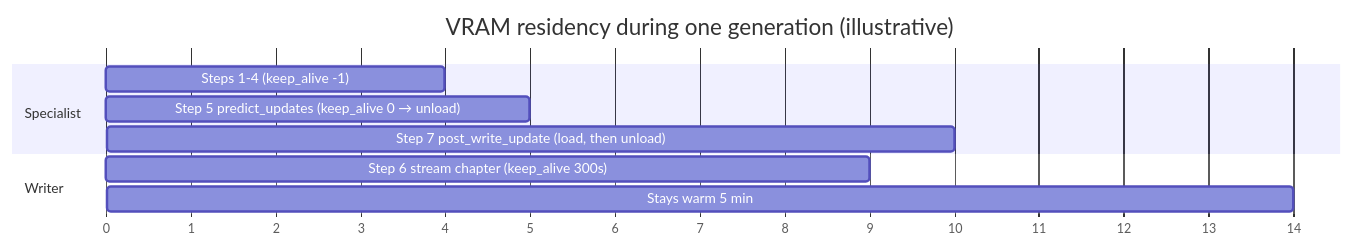
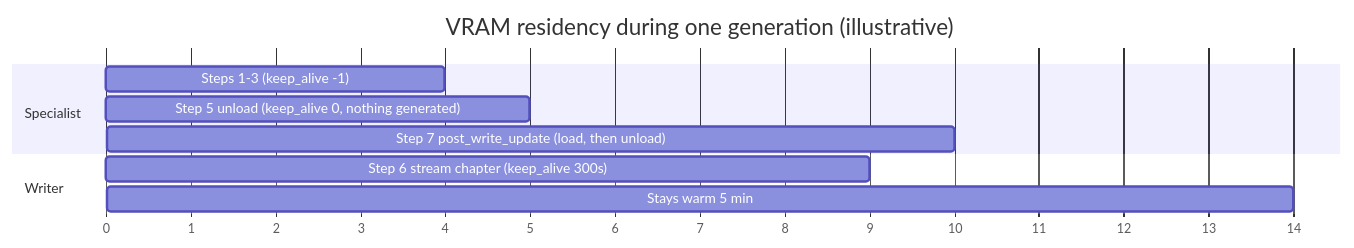
The third of 3 diagrams in docs/technical/01-overview-and-architecture.md (Tejasva-Maurya/AI_Writer), drawn with Mermaid before and after one commit. The commit also changed other lines of this file and 15 other files, not shown here.

````diff
--- a/docs/technical/01-overview-and-architecture.md
+++ b/docs/technical/01-overview-and-architecture.md
@@ -146,13 +146,13 @@
 ```mermaid
 gantt
     dateFormat X
     axisFormat %s
     title VRAM residency during one generation (illustrative)
     section Specialist
-    Steps 1-4 (keep_alive -1)        :a1, 0, 4
-    Step 5 predict_updates (keep_alive 0 → unload) :a2, 4, 5
+    Steps 1-3 (keep_alive -1)        :a1, 0, 4
+    Step 5 unload (keep_alive 0, nothing generated) :a2, 4, 5
     Step 7 post_write_update (load, then unload)  :a3, 9, 10
     section Writer
     Step 6 stream chapter (keep_alive 300s)        :b1, 5, 9
     Stays warm 5 min                                :b2, 9, 14
 ```
````
